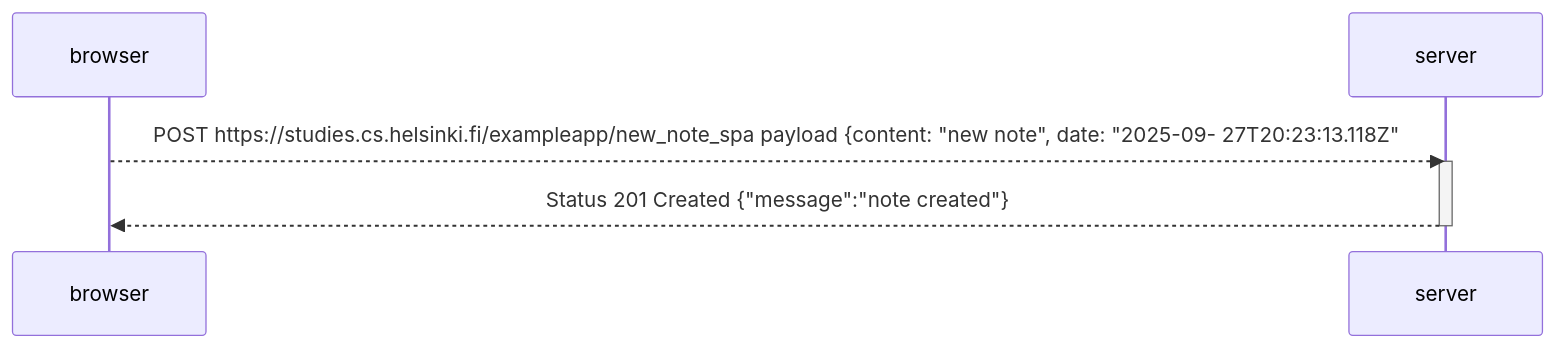
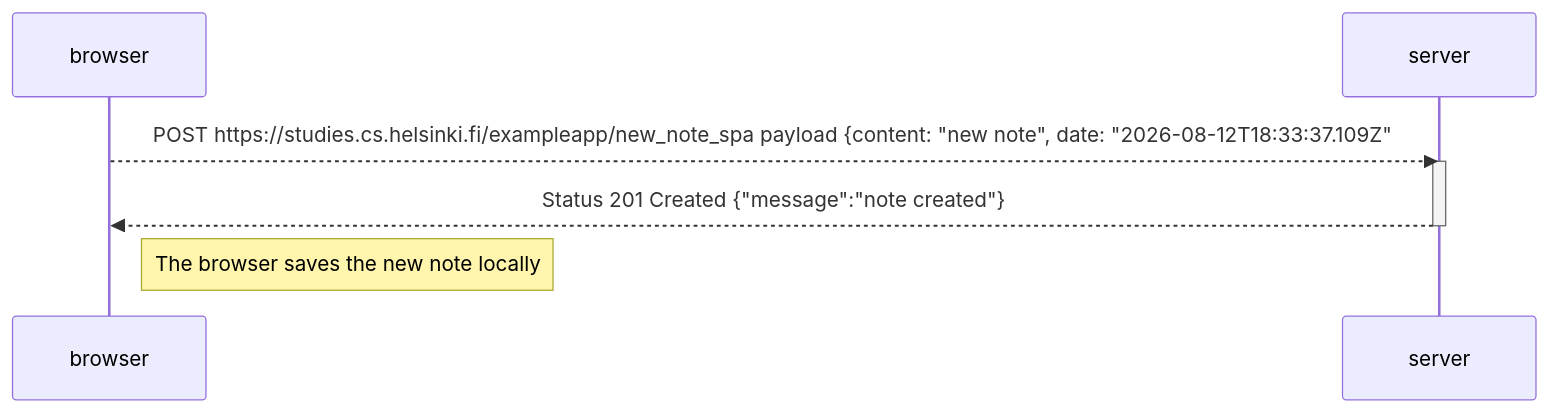
The diagram in Part0/Diagram3.md (crisbolanos/FullStackOpen), drawn with Mermaid before and after one commit. The commit also changed 1 other file, not shown here.

Commit message:
Part 0 completed

````diff
--- a/Part0/Diagram3.md
+++ b/Part0/Diagram3.md
@@ -1,11 +1,13 @@
 ```mermaid
 sequenceDiagram
     participant browser
     participant server
 
-    browser -->> server: POST https://studies.cs.helsinki.fi/exampleapp/new_note_spa   payload  {content: "new note", date: "2025-09-            27T20:23:13.118Z"
+    browser -->> server: POST https://studies.cs.helsinki.fi/exampleapp/new_note_spa   payload  {content: "new note", date: "2026-08-12T18:33:37.109Z"
     activate server
 
     server -->> browser: Status 201 Created   {"message":"note created"}
     deactivate server    
+
+    Note right of browser: The browser saves the new note locally 
 ```
````
